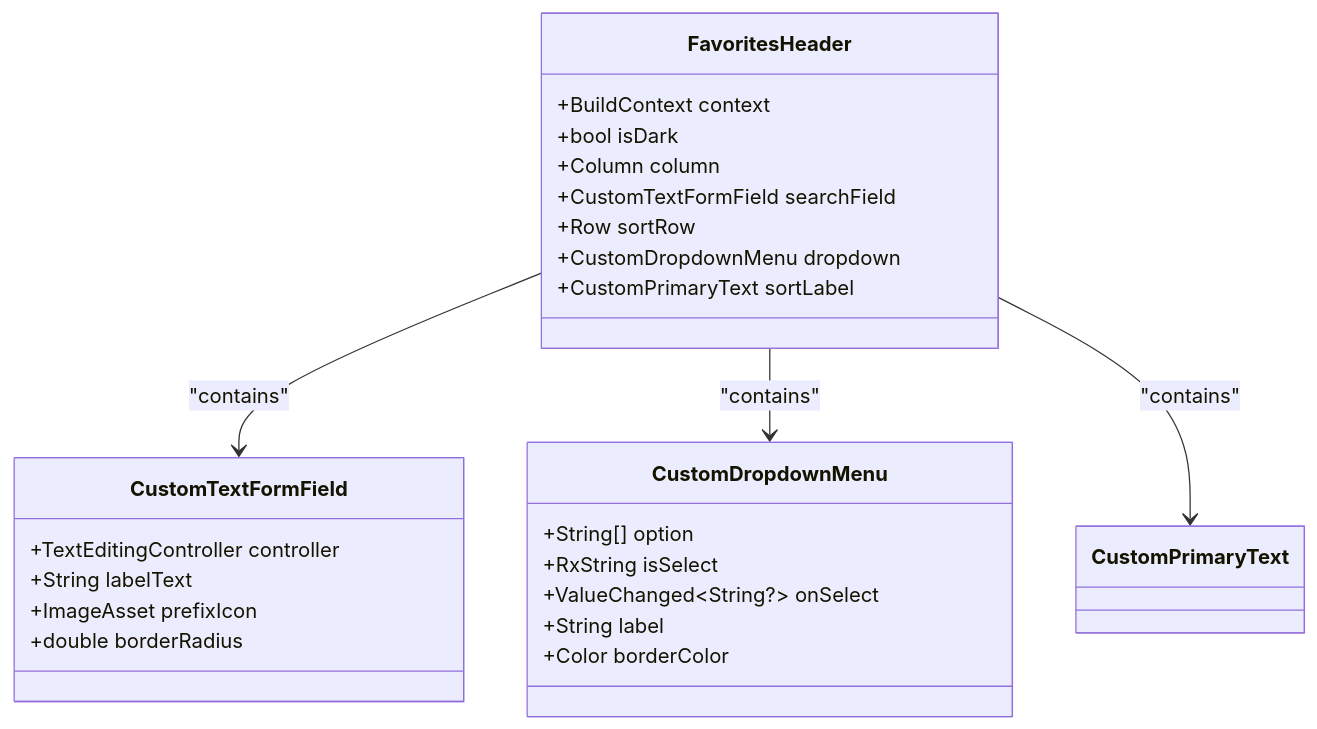
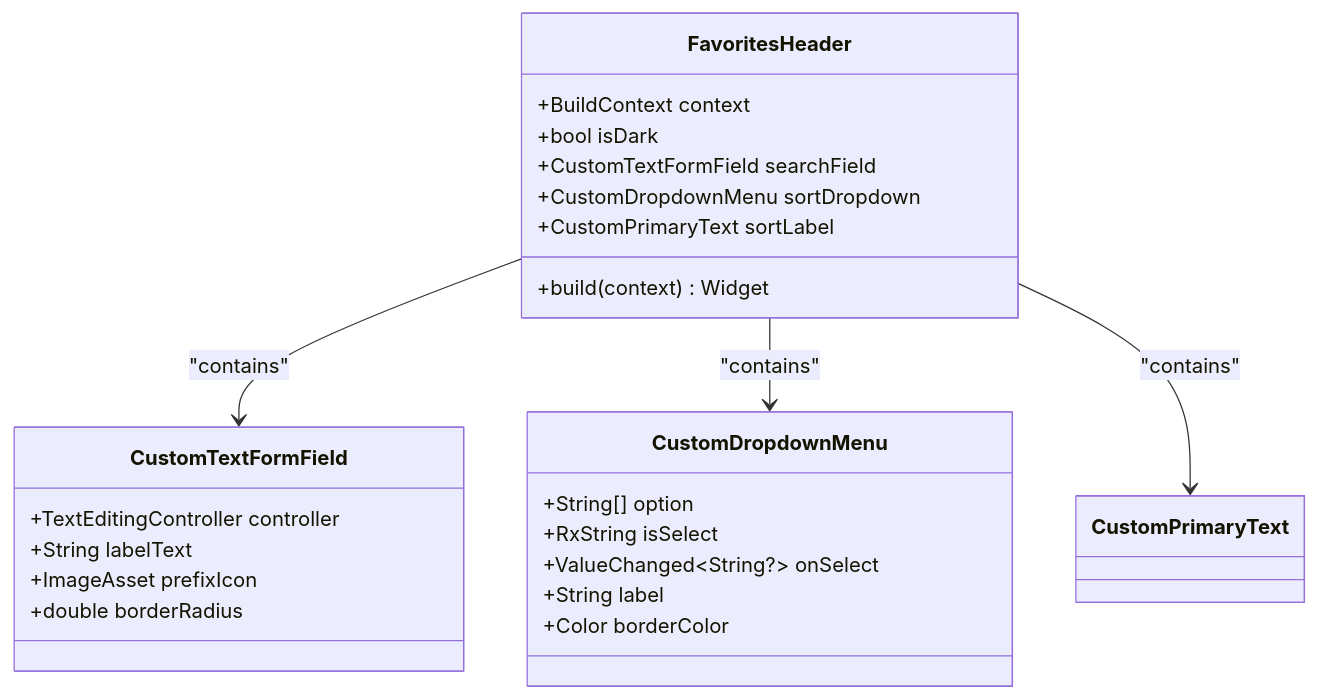
Diagram 11 of 14 in .qoder/repowiki/en/content/Core Features/Favorites Module.md (Ariful3111/FurniGo), drawn with Mermaid before and after one commit. The commit also changed other lines of this file and 67 other files, not shown here.

````diff
--- a/.qoder/repowiki/en/content/Core Features/Favorites Module.md
+++ b/.qoder/repowiki/en/content/Core Features/Favorites Module.md
@@ -365,28 +581,27 @@
 ```mermaid
 classDiagram
 class FavoritesHeader {
 +BuildContext context
 +bool isDark
-+Column column
++build(context) Widget
 +CustomTextFormField searchField
-+Row sortRow
-+CustomDropdownMenu dropdown
++CustomDropdownMenu sortDropdown
 +CustomPrimaryText sortLabel
 }
 class CustomTextFormField {
 +TextEditingController controller
 +String labelText
 +ImageAsset prefixIcon
 +double borderRadius
 }
 class CustomDropdownMenu {
 +String[] option
 +RxString isSelect
 +ValueChanged~String?~ onSelect
 +String label
 +Color borderColor
 }
 FavoritesHeader --> CustomTextFormField : "contains"
 FavoritesHeader --> CustomDropdownMenu : "contains"
 FavoritesHeader --> CustomPrimaryText : "contains"
 ```
````
